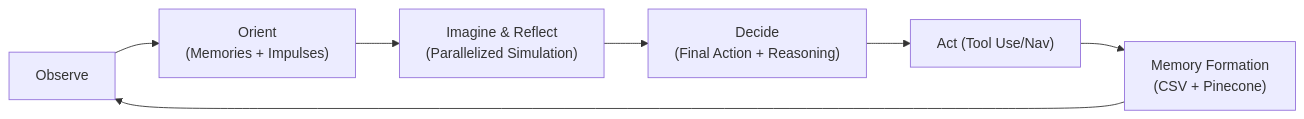
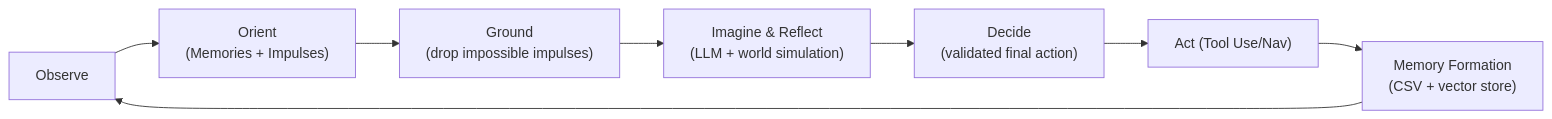
Before and after one commit to dataatsky/Project-Adam: the second of 2 diagrams in readme.md, drawn with Mermaid. The commit also changed other lines of this file and 8 other files, not shown here.

````diff
--- a/readme.md
+++ b/readme.md
@@ -90,13 +99,14 @@
 ```mermaid
 flowchart LR
-    O[Observe] --> R["Orient 
+    O[Observe] --> R["Orient
     (Memories + Impulses)"]
-    R --> I["Imagine & Reflect
-    (Parallelized Simulation)"]
+    R --> G["Ground
+    (drop impossible impulses)"]
+    G --> I["Imagine & Reflect
+    (LLM + world simulation)"]
     I --> D["Decide
-    (Final Action + Reasoning)"]
+    (validated final action)"]
     D --> A["Act (Tool Use/Nav)"]
-    A --> M["Memory Formation\n(CSV + Pinecone)"]
+    A --> M["Memory Formation\n(CSV + vector store)"]
     M --> O
-
 ```
````
